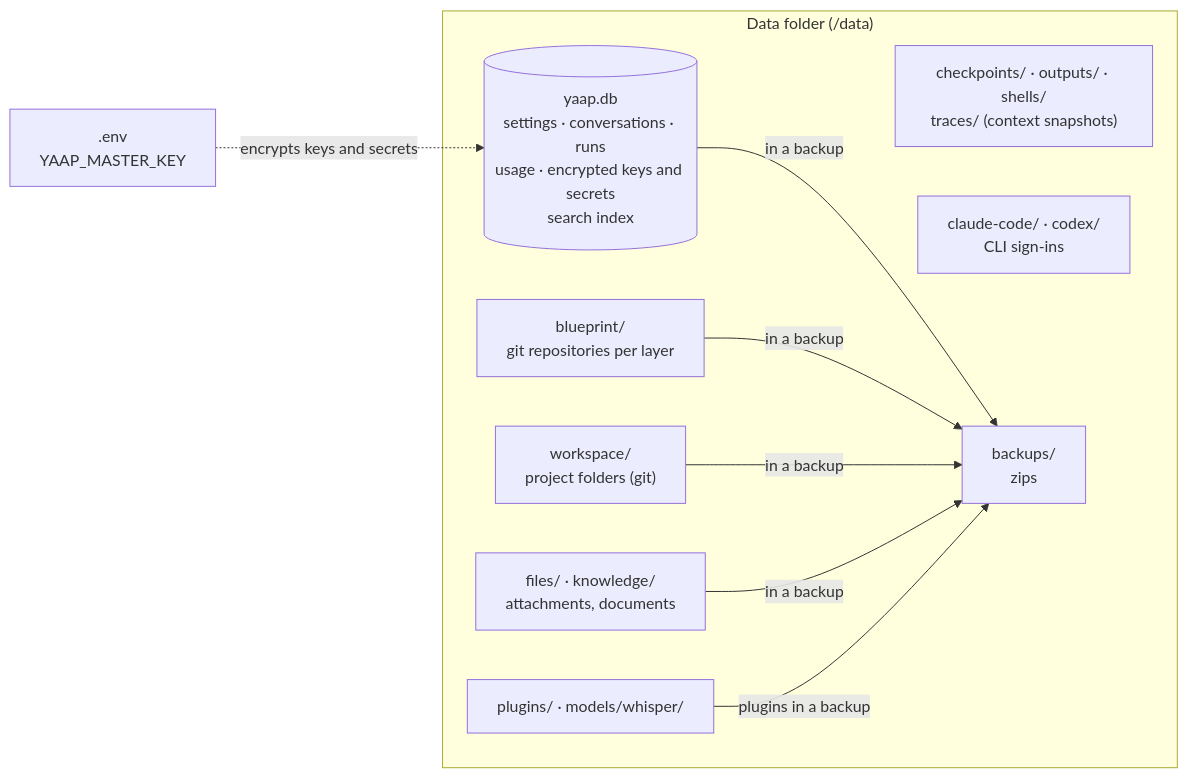
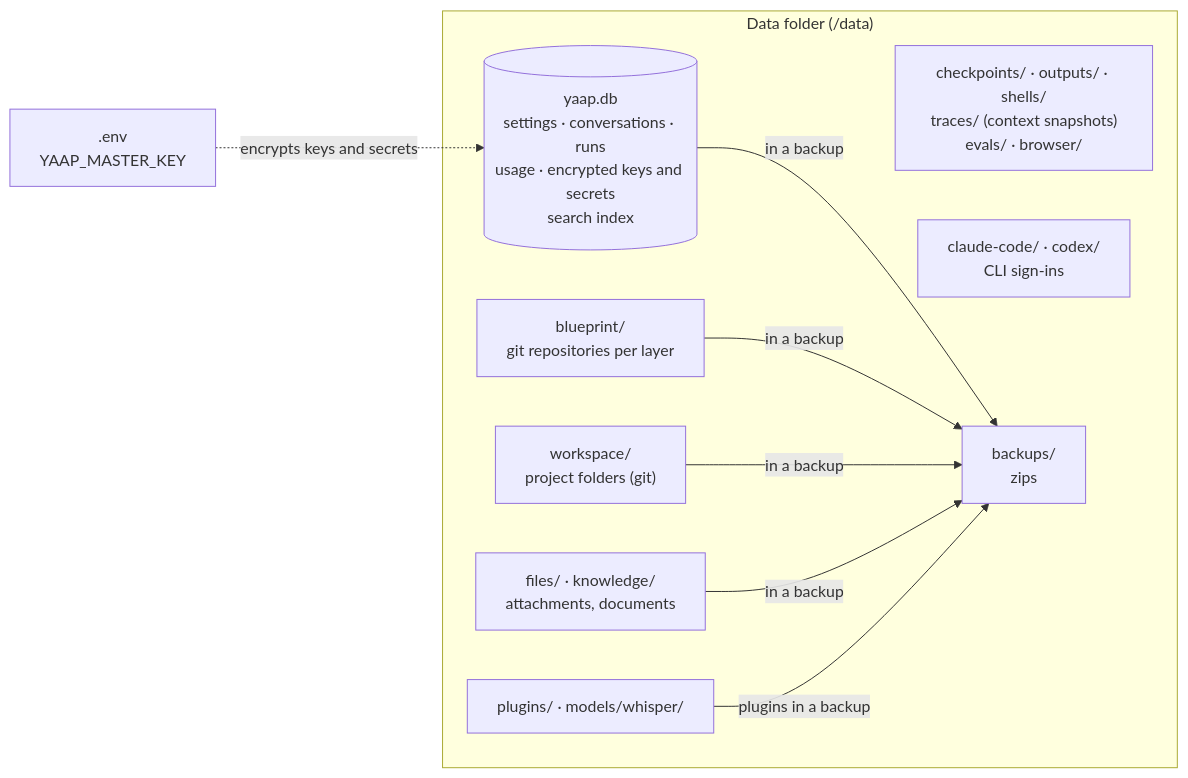
Before and after one commit to jelvodev/yaap: the sixth of 7 diagrams in docs/architecture.md, drawn with Mermaid. The commit also changed other lines of this file and 32 other files, not shown here.

````diff
--- a/docs/architecture.md
+++ b/docs/architecture.md
@@ -259,21 +272,21 @@
 ```mermaid
 flowchart LR
     subgraph data["Data folder (/data)"]
         db[("yaap.db<br/>settings · conversations · runs<br/>usage · encrypted keys and secrets<br/>search index")]
         bp["blueprint/<br/>git repositories per layer"]
         ws["workspace/<br/>project folders (git)"]
         files["files/ · knowledge/<br/>attachments, documents"]
-        other["checkpoints/ · outputs/ · shells/<br/>traces/ (context snapshots)"]
+        other["checkpoints/ · outputs/ · shells/<br/>traces/ (context snapshots)<br/>evals/ · browser/"]
         extra["plugins/ · models/whisper/"]
         signins["claude-code/ · codex/<br/>CLI sign-ins"]
         backups["backups/<br/>zips"]
     end
     envfile[".env<br/>YAAP_MASTER_KEY"]
 
     db -- "in a backup" --> backups
     bp -- "in a backup" --> backups
     ws -- "in a backup" --> backups
     files -- "in a backup" --> backups
     extra -- "plugins in a backup" --> backups
     envfile -. "encrypts keys and secrets" .-> db
 ```
````
